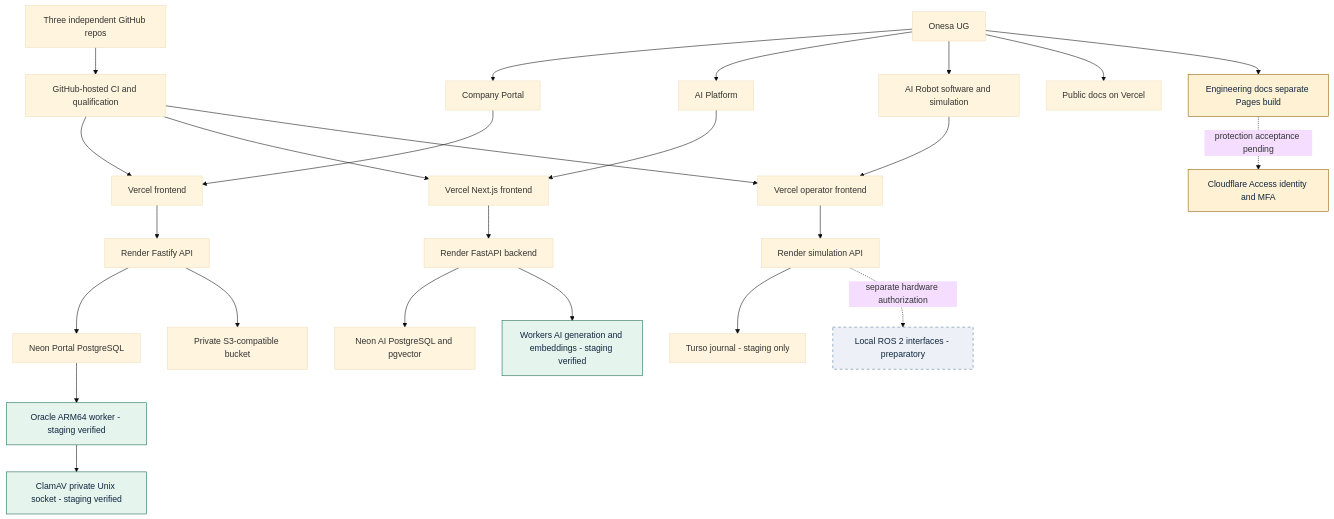
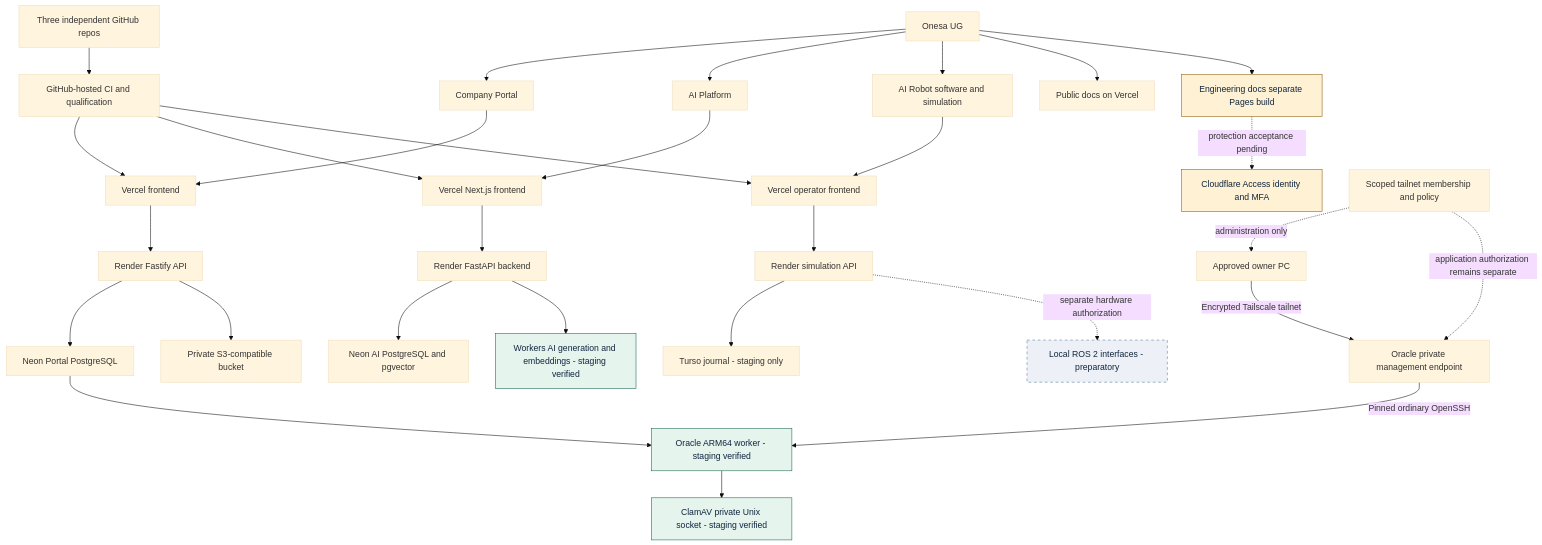
The diagram in docs/diagrams/ecosystem-current.mmd (DruHustle/onesa-ai-platform), drawn with Mermaid (base theme) before and after one commit. The commit also changed 61 other files, not shown here.

```diff
--- a/docs/diagrams/ecosystem-current.mmd
+++ b/docs/diagrams/ecosystem-current.mmd
@@ -1,31 +1,36 @@
 flowchart TB
 Company[Onesa UG] --> Portal[Company Portal]
 Company --> AI[AI Platform]
 Company --> Robot[AI Robot software and simulation]
 Company --> Public[Public docs on Vercel]
 Company --> Internal[Engineering docs separate Pages build]
 Portal --> PF[Vercel frontend]
 PF --> PA[Render Fastify API]
 PA --> PDB[Neon Portal PostgreSQL]
 PA --> PS[Private S3-compatible bucket]
 PDB --> Oracle[Oracle ARM64 worker - staging verified]
 Oracle --> Scan[ClamAV private Unix socket - staging verified]
 AI --> AF[Vercel Next.js frontend]
 AF --> AA[Render FastAPI backend]
 AA --> ADB[Neon AI PostgreSQL and pgvector]
 AA --> CF[Workers AI generation and embeddings - staging verified]
 Robot --> RF[Vercel operator frontend]
 RF --> RA[Render simulation API]
 RA --> Turso[Turso journal - staging only]
 RA -. separate hardware authorization .-> Edge[Local ROS 2 interfaces - preparatory]
 GitHub[Three independent GitHub repos] --> Actions[GitHub-hosted CI and qualification]
 Actions --> PF
 Actions --> AF
 Actions --> RF
 Internal -. protection acceptance pending .-> Access[Cloudflare Access identity and MFA]
 classDef verified fill:#e6f4ee,stroke:#14654a,color:#10263e
 classDef pending fill:#fff2d4,stroke:#8a5c00,color:#10263e
 classDef planned fill:#edf1f7,stroke:#52789b,color:#10263e,stroke-dasharray:5 5
 class Oracle,Scan,CF verified
 class Internal,Access pending
 class Edge planned
+
+OwnerPC[Approved owner PC] -->|Encrypted Tailscale tailnet| PrivateVM[Oracle private management endpoint]
+PrivateVM -->|Pinned ordinary OpenSSH| Oracle
+Tailnet[Scoped tailnet membership and policy] -. administration only .-> OwnerPC
+Tailnet -. application authorization remains separate .-> PrivateVM
```
